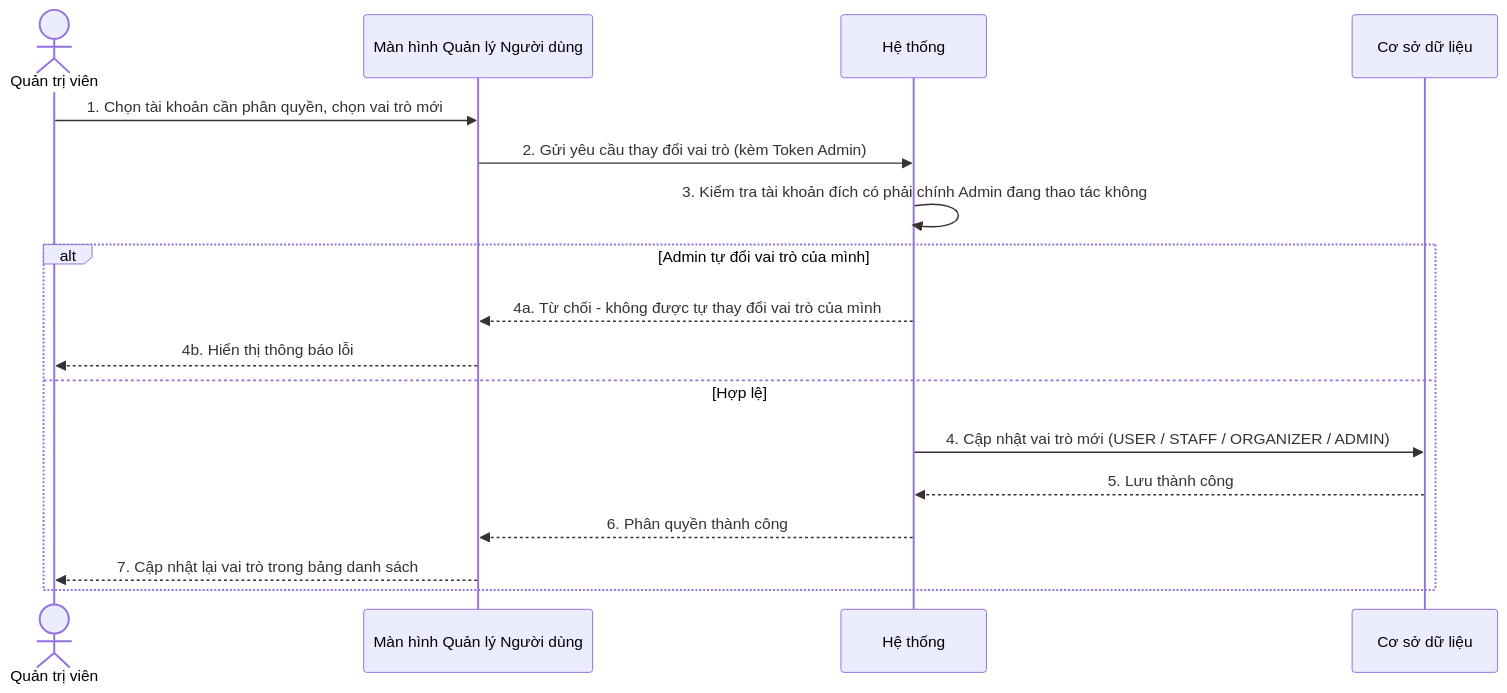
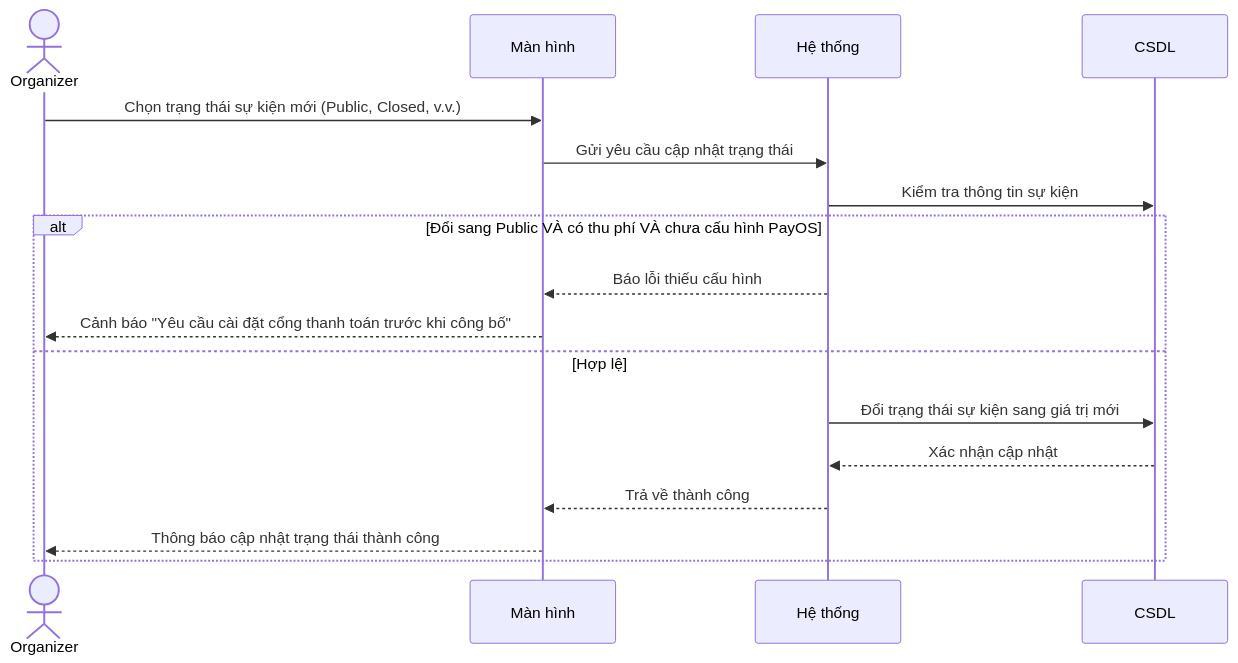
Before and after one commit to ChuDucAnh21/BE-quan-ly-su-kien: the fourth of 6 diagrams in doc/system_analysis/sequence diagram/05b_sequence_admin_event_staff.md, drawn with Mermaid. The commit also changed other lines of this file and 14 other files, not shown here.

````diff
--- a/doc/system_analysis/sequence diagram/05b_sequence_admin_event_staff.md
+++ b/doc/system_analysis/sequence diagram/05b_sequence_admin_event_staff.md
@@ -86,20 +83,20 @@
 ```mermaid
 sequenceDiagram
-    actor Admin as Quản trị viên
-    participant UI as Màn hình Quản lý Người dùng
-    participant HT as Hệ thống
-    participant DB as Cơ sở dữ liệu
+    actor Organizer
+    participant Màn hình
+    participant Hệ thống
+    participant CSDL
 
-    Admin->>UI: 1. Chọn tài khoản cần phân quyền, chọn vai trò mới
-    UI->>HT: 2. Gửi yêu cầu thay đổi vai trò (kèm Token Admin)
-    HT->>HT: 3. Kiểm tra tài khoản đích có phải chính Admin đang thao tác không
-    alt Admin tự đổi vai trò của mình
-        HT-->>UI: 4a. Từ chối - không được tự thay đổi vai trò của mình
-        UI-->>Admin: 4b. Hiển thị thông báo lỗi
+    Organizer->>Màn hình: Chọn trạng thái sự kiện mới (Public, Closed, v.v.)
+    Màn hình->>Hệ thống: Gửi yêu cầu cập nhật trạng thái
+    Hệ thống->>CSDL: Kiểm tra thông tin sự kiện
+    alt Đổi sang Public VÀ có thu phí VÀ chưa cấu hình PayOS
+        Hệ thống-->>Màn hình: Báo lỗi thiếu cấu hình
+        Màn hình-->>Organizer: Cảnh báo "Yêu cầu cài đặt cổng thanh toán trước khi công bố"
     else Hợp lệ
-        HT->>DB: 4. Cập nhật vai trò mới (USER / STAFF / ORGANIZER / ADMIN)
-        DB-->>HT: 5. Lưu thành công
-        HT-->>UI: 6. Phân quyền thành công
-        UI-->>Admin: 7. Cập nhật lại vai trò trong bảng danh sách
+        Hệ thống->>CSDL: Đổi trạng thái sự kiện sang giá trị mới
+        CSDL-->>Hệ thống: Xác nhận cập nhật
+        Hệ thống-->>Màn hình: Trả về thành công
+        Màn hình-->>Organizer: Thông báo cập nhật trạng thái thành công
     end
 ```
````
